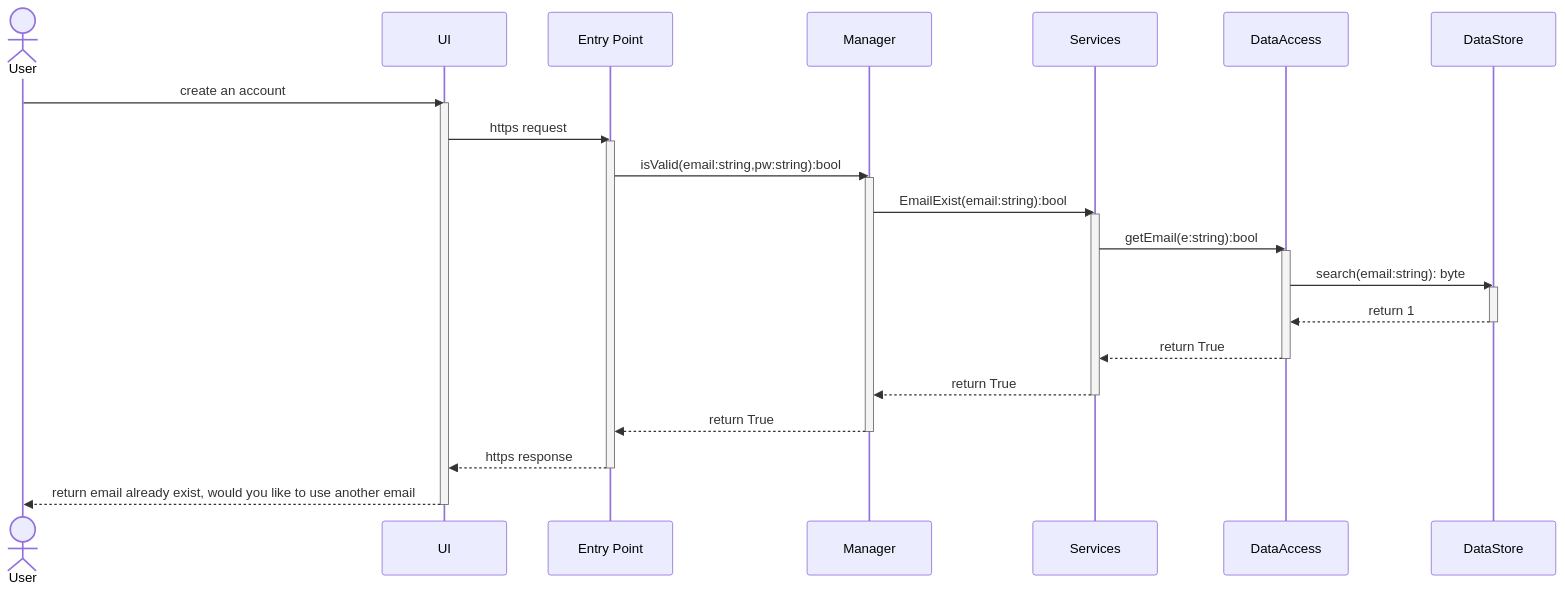
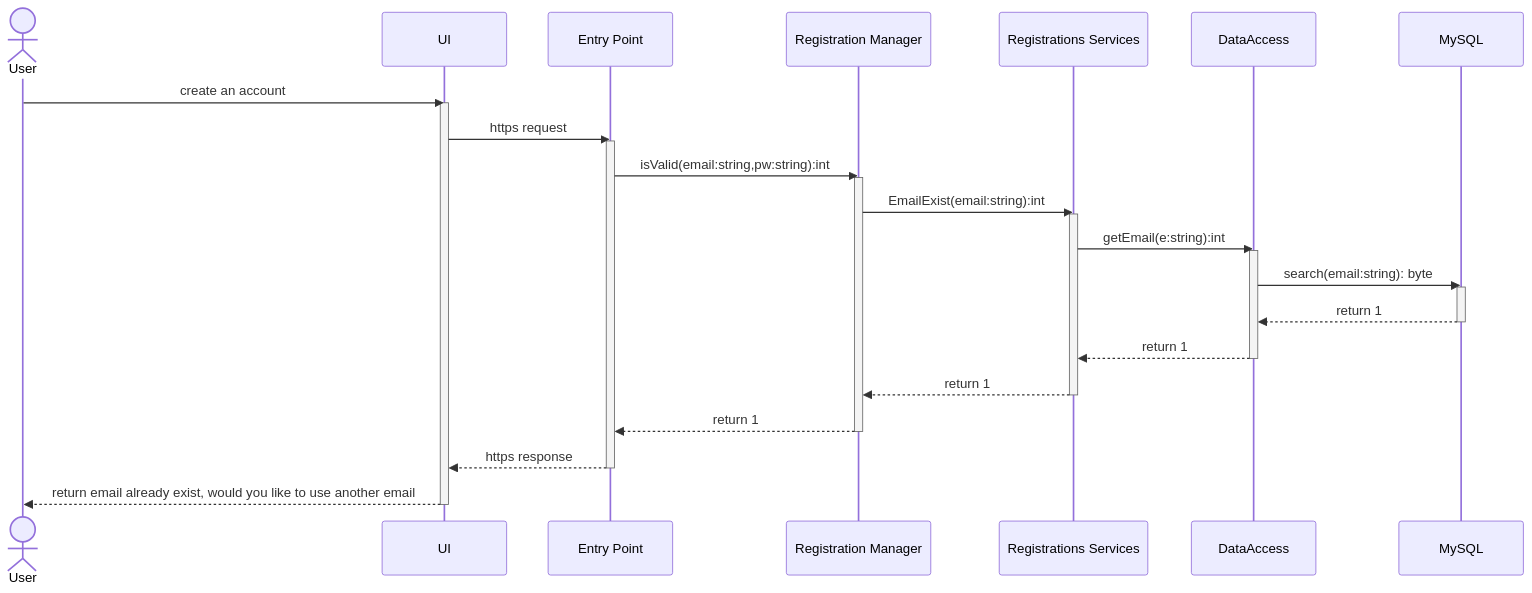
Before and after one commit to JosephArmas/cecs-491A-Team-Big-Data: the diagram in milestone 2/low level design/registration/failures/v3/account/account_email_exist.md, drawn with Mermaid. The commit also changed 8 other files, not shown here.

````diff
--- a/milestone 2/low level design/registration/failures/v3/account/account_email_exist.md
+++ b/milestone 2/low level design/registration/failures/v3/account/account_email_exist.md
@@ -2,28 +2,28 @@
 ```mermaid
 sequenceDiagram
     actor User
     User ->> UI: create an account
     activate UI
     UI ->> Entry Point: https request 
     activate Entry Point
-    Entry Point ->> Manager: isValid(email:string,pw:string):bool
-    activate Manager
-    Manager ->> Services: EmailExist(email:string):bool
-    activate Services
-    Services ->> DataAccess: getEmail(e:string):bool 
+    Entry Point ->> Registration Manager: isValid(email:string,pw:string):int
+    activate Registration Manager
+    Registration Manager ->> Registrations Services: EmailExist(email:string):int
+    activate Registrations Services
+    Registrations Services ->> DataAccess: getEmail(e:string):int 
     activate DataAccess
-    DataAccess ->> DataStore: search(email:string): byte
-    activate DataStore
-    DataStore -->> DataAccess: return 1
-    deactivate DataStore
-    DataAccess -->> Services: return True
+    DataAccess ->> MySQL: search(email:string): byte
+    activate MySQL
+    MySQL -->> DataAccess: return 1
+    deactivate MySQL
+    DataAccess -->> Registrations Services: return 1
     deactivate DataAccess
-    Services -->> Manager: return True
-    deactivate Services
-    Manager -->> Entry Point: return True
-    deactivate Manager
+    Registrations Services -->> Registration Manager: return 1
+    deactivate Registrations Services
+    Registration Manager -->> Entry Point: return 1
+    deactivate Registration Manager
     Entry Point -->> UI: https response
     deactivate Entry Point
     UI -->> User: return email already exist, would you like to use another email 
     deactivate UI
 ```
````
